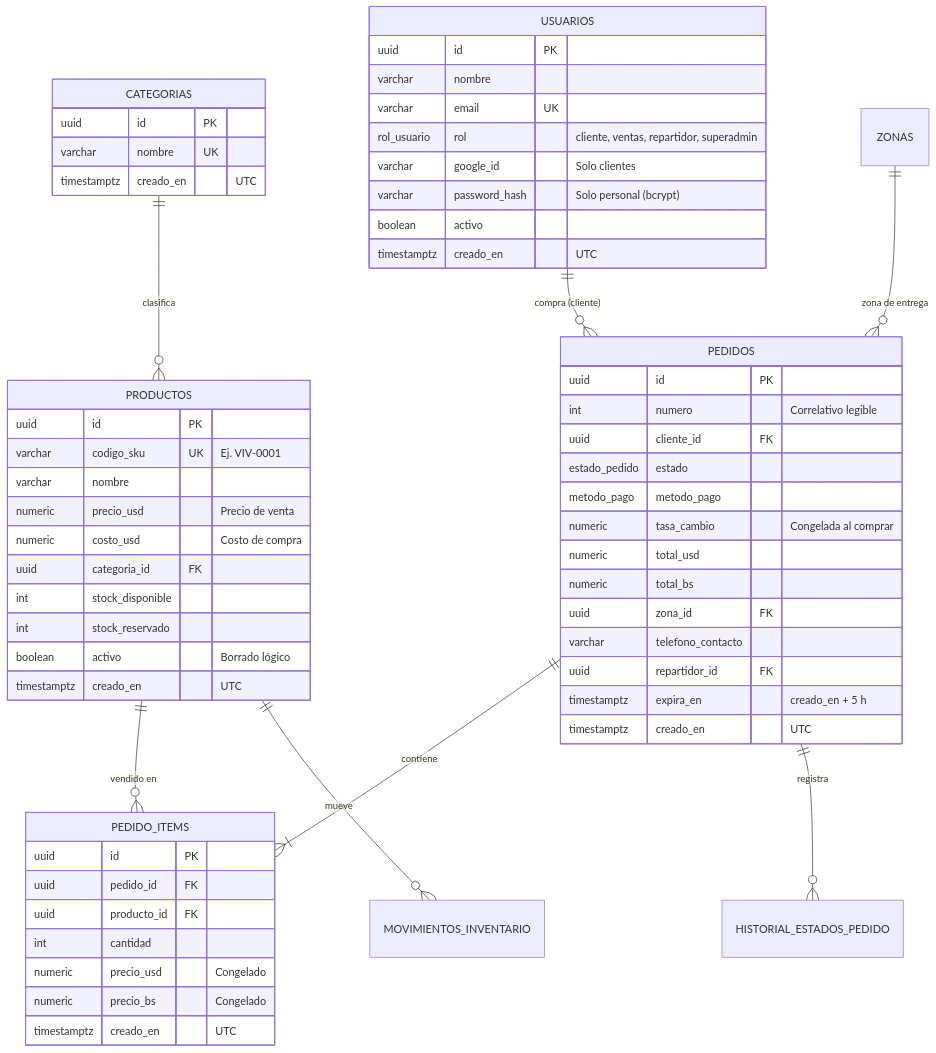
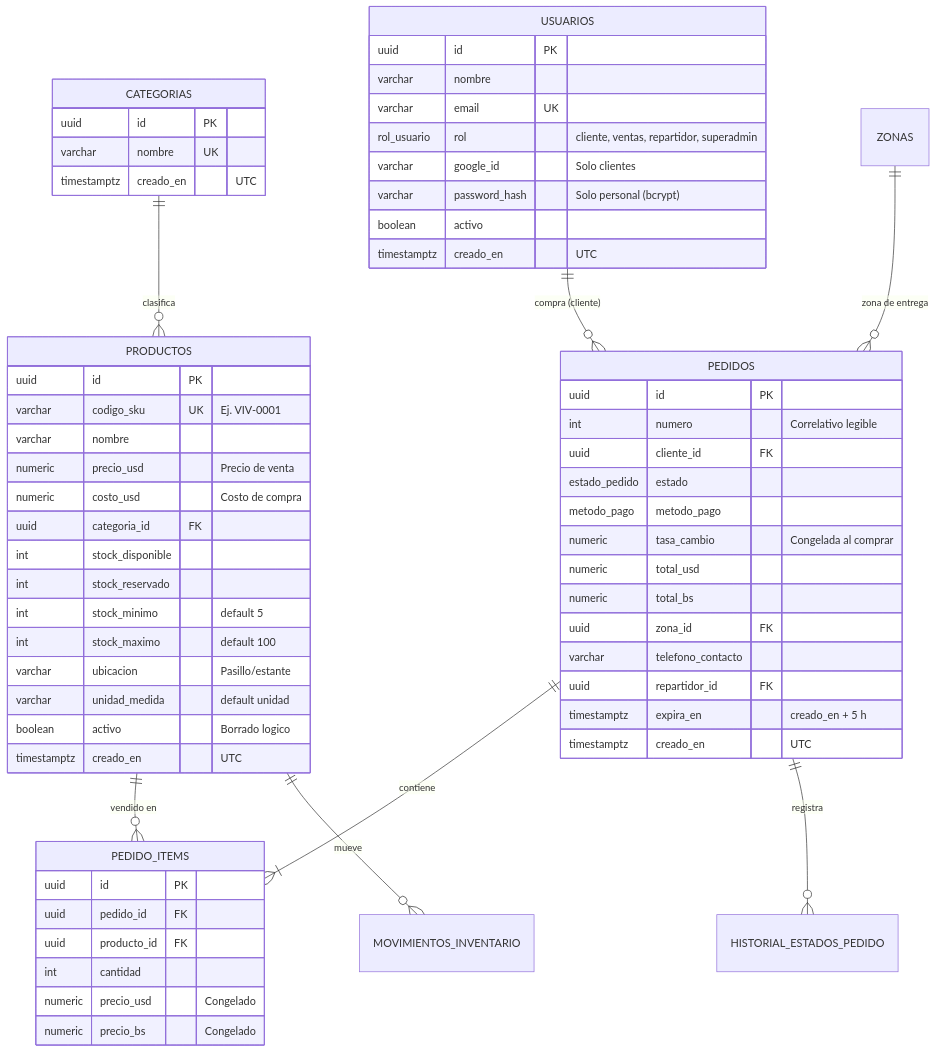
Before and after one commit to FranciscoSanchez001/Backend_Almacen: the diagram in README.md, drawn with Mermaid. The commit also changed other lines of this file and 48 other files, not shown here.

````diff
--- a/README.md
+++ b/README.md
@@ -200,62 +99,65 @@
 ```mermaid
 erDiagram
     CATEGORIAS ||--o{ PRODUCTOS : "clasifica"
     USUARIOS ||--o{ PEDIDOS : "compra (cliente)"
     ZONAS ||--o{ PEDIDOS : "zona de entrega"
     PEDIDOS ||--|{ PEDIDO_ITEMS : "contiene"
     PRODUCTOS ||--o{ PEDIDO_ITEMS : "vendido en"
     PEDIDOS ||--o{ HISTORIAL_ESTADOS_PEDIDO : "registra"
     PRODUCTOS ||--o{ MOVIMIENTOS_INVENTARIO : "mueve"
 
     CATEGORIAS {
         uuid id PK
         varchar nombre UK
         timestamptz creado_en "UTC"
     }
     PRODUCTOS {
         uuid id PK
         varchar codigo_sku UK "Ej. VIV-0001"
         varchar nombre
         numeric precio_usd "Precio de venta"
         numeric costo_usd "Costo de compra"
         uuid categoria_id FK
         int stock_disponible
         int stock_reservado
-        boolean activo "Borrado lógico"
+        int stock_minimo "default 5"
+        int stock_maximo "default 100"
+        varchar ubicacion "Pasillo/estante"
+        varchar unidad_medida "default unidad"
+        boolean activo "Borrado logico"
         timestamptz creado_en "UTC"
     }
     USUARIOS {
         uuid id PK
         varchar nombre
         varchar email UK
         rol_usuario rol "cliente, ventas, repartidor, superadmin"
         varchar google_id "Solo clientes"
         varchar password_hash "Solo personal (bcrypt)"
         boolean activo
         timestamptz creado_en "UTC"
     }
     PEDIDOS {
         uuid id PK
         int numero "Correlativo legible"
         uuid cliente_id FK
         estado_pedido estado
         metodo_pago metodo_pago
         numeric tasa_cambio "Congelada al comprar"
         numeric total_usd
         numeric total_bs
         uuid zona_id FK
         varchar telefono_contacto
         uuid repartidor_id FK
         timestamptz expira_en "creado_en + 5 h"
         timestamptz creado_en "UTC"
     }
     PEDIDO_ITEMS {
         uuid id PK
         uuid pedido_id FK
         uuid producto_id FK
         int cantidad
         numeric precio_usd "Congelado"
         numeric precio_bs "Congelado"
-        timestamptz creado_en "UTC"
     }
 ```
````
